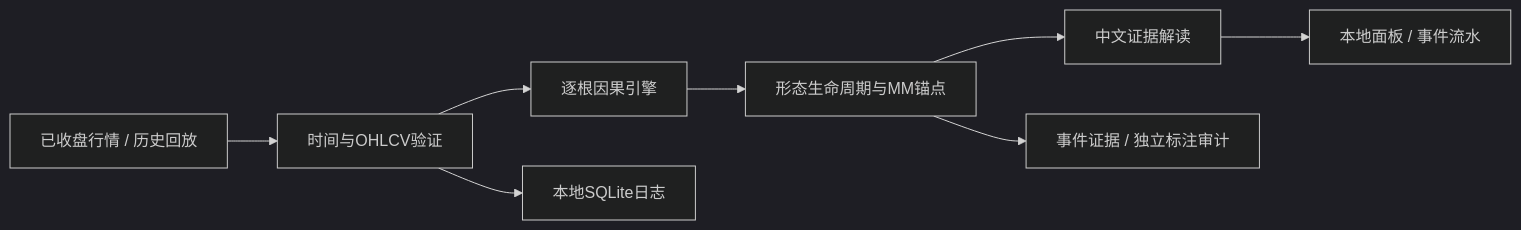
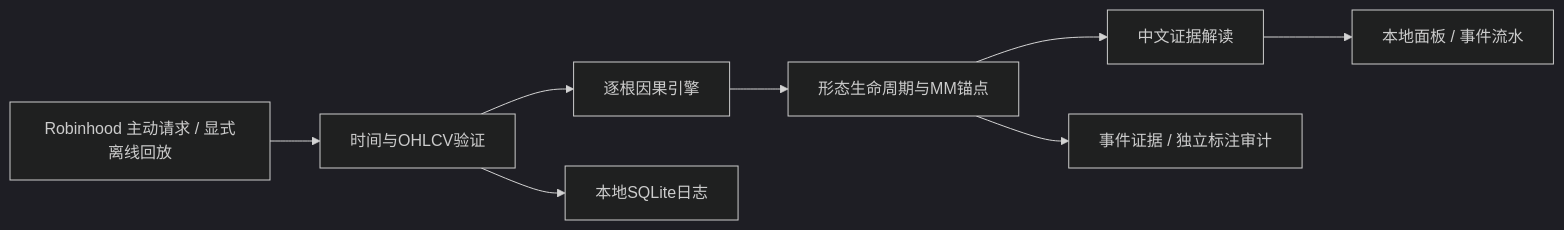
The diagram in README.zh-CN.md (GordonBai/price-action-observer), drawn with Mermaid (dark theme) before and after one commit. The commit also changed other lines of this file and 30 other files, not shown here.

````diff
--- a/README.zh-CN.md
+++ b/README.zh-CN.md
@@ -72,10 +101,10 @@
 ```mermaid
 flowchart LR
-  A[已收盘行情 / 历史回放] --> B[时间与OHLCV验证]
+  A[Robinhood 主动请求 / 显式离线回放] --> B[时间与OHLCV验证]
   B --> C[逐根因果引擎]
   B --> J[本地SQLite日志]
   C --> D[形态生命周期与MM锚点]
   D --> E[中文证据解读]
   E --> F[本地面板 / 事件流水]
   D --> G[事件证据 / 独立标注审计]
 ```
````
